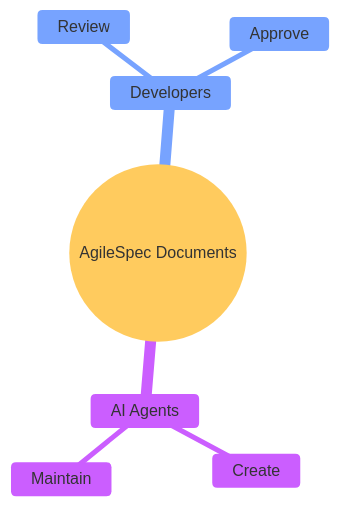
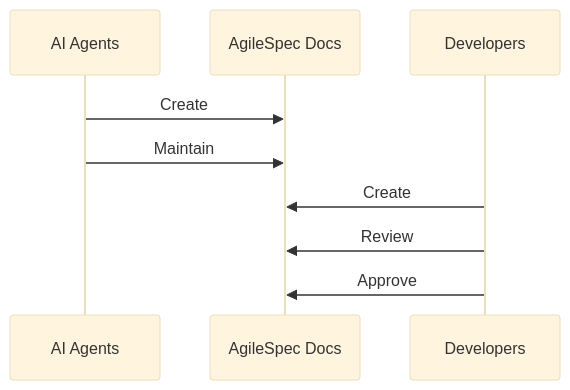
Before and after one commit to mtov/AgileSpec: the third of 5 diagrams in README.md, drawn with Mermaid (base theme). The commit also changed other lines of this file, not shown here.

Commit message:
Refine specification diagrams and documentation responsibilities

````diff
--- a/README.md
+++ b/README.md
@@ -120,10 +122,12 @@
 ```mermaid
-mindmap
-  root((AgileSpec Documents))
-    AI Agents
-      Create
-      Maintain
-    Developers
-      Review
-      Approve
+sequenceDiagram
+    participant A as AI Agents
+    participant D as AgileSpec Docs
+    participant H as Developers
+
+    A->>D: Create
+    A->>D: Maintain
+    H->>D: Create
+    H->>D: Review
+    H->>D: Approve
 ```
````
